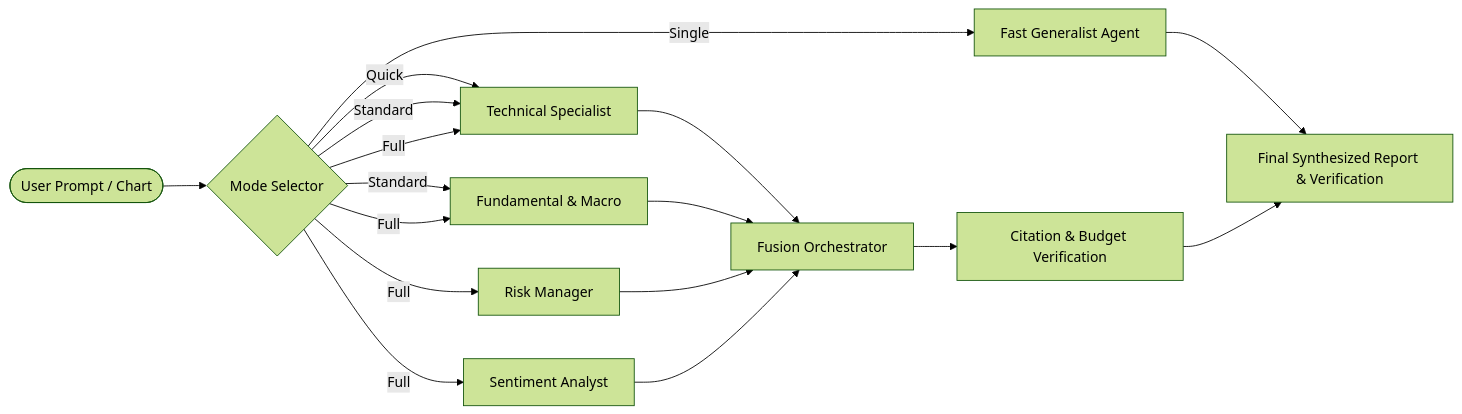
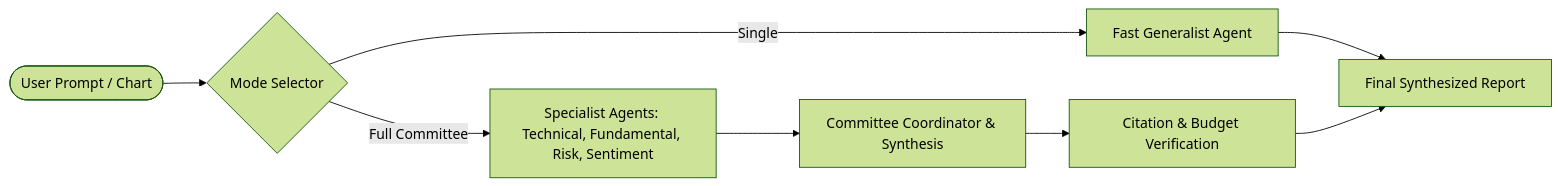
One commit to HamaFx/Kestrel changed the second of 2 diagrams in README.md. Above: the diagram before and after it, drawn with Mermaid (forest theme). The commit also changed other lines of this file and 11 other files, not shown here.

````diff
--- a/README.md
+++ b/README.md
@@ -195,16 +195,11 @@
 ```mermaid
 flowchart LR
     User([User Prompt / Chart]) --> Router{Mode Selector}
     Router -->|Single| A1[Fast Generalist Agent]
-    Router -->|Quick| A2[Technical Specialist]
-    Router -->|Standard| A2 & A3[Fundamental & Macro]
-    Router -->|Full| A2 & A3 & A4[Risk Manager] & A5[Sentiment Analyst]
+    Router -->|Full Committee| Specialists[Specialist Agents: Technical, Fundamental, Risk, Sentiment]
 
-    A1 --> Report[Final Synthesized Report & Verification]
-    A2 --> Fusion[Fusion Orchestrator]
-    A3 --> Fusion
-    A4 --> Fusion
-    A5 --> Fusion
+    A1 --> Report[Final Synthesized Report]
+    Specialists --> Fusion[Committee Coordinator & Synthesis]
     Fusion --> Guard[Citation & Budget Verification]
     Guard --> Report
 ```
````
